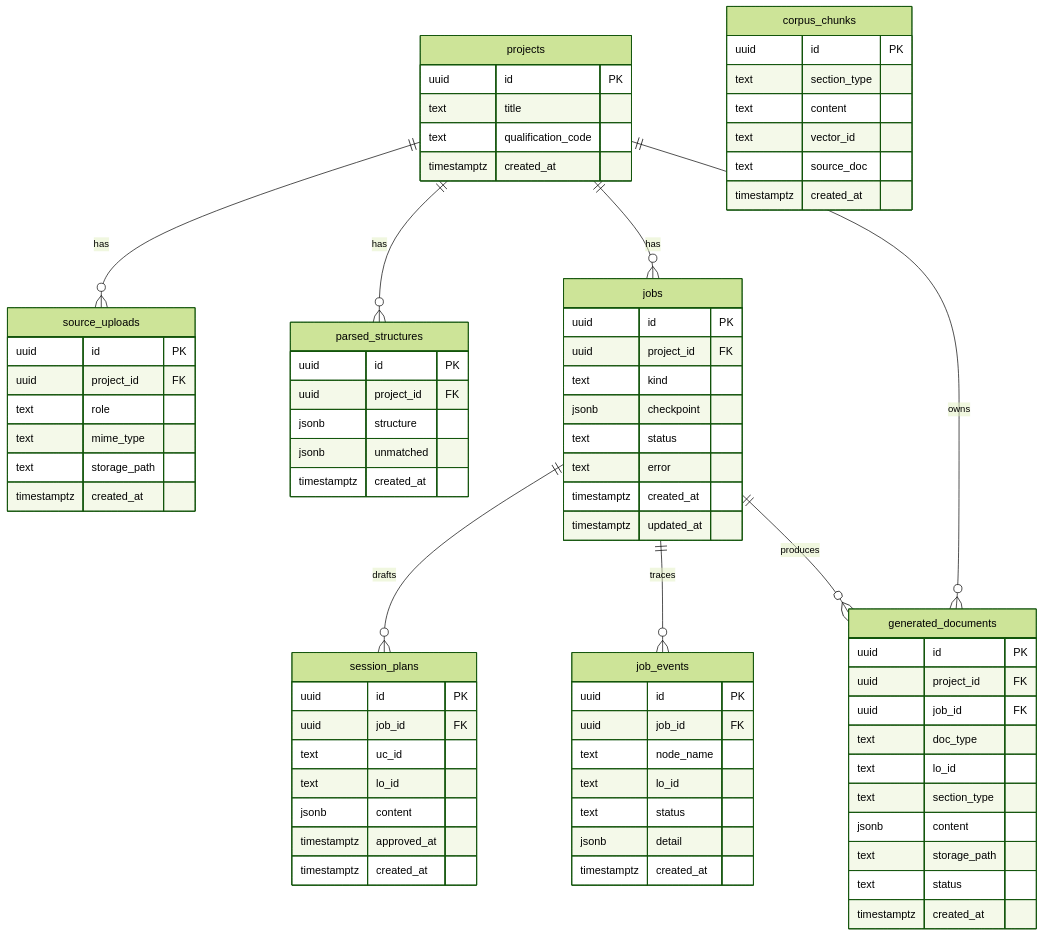
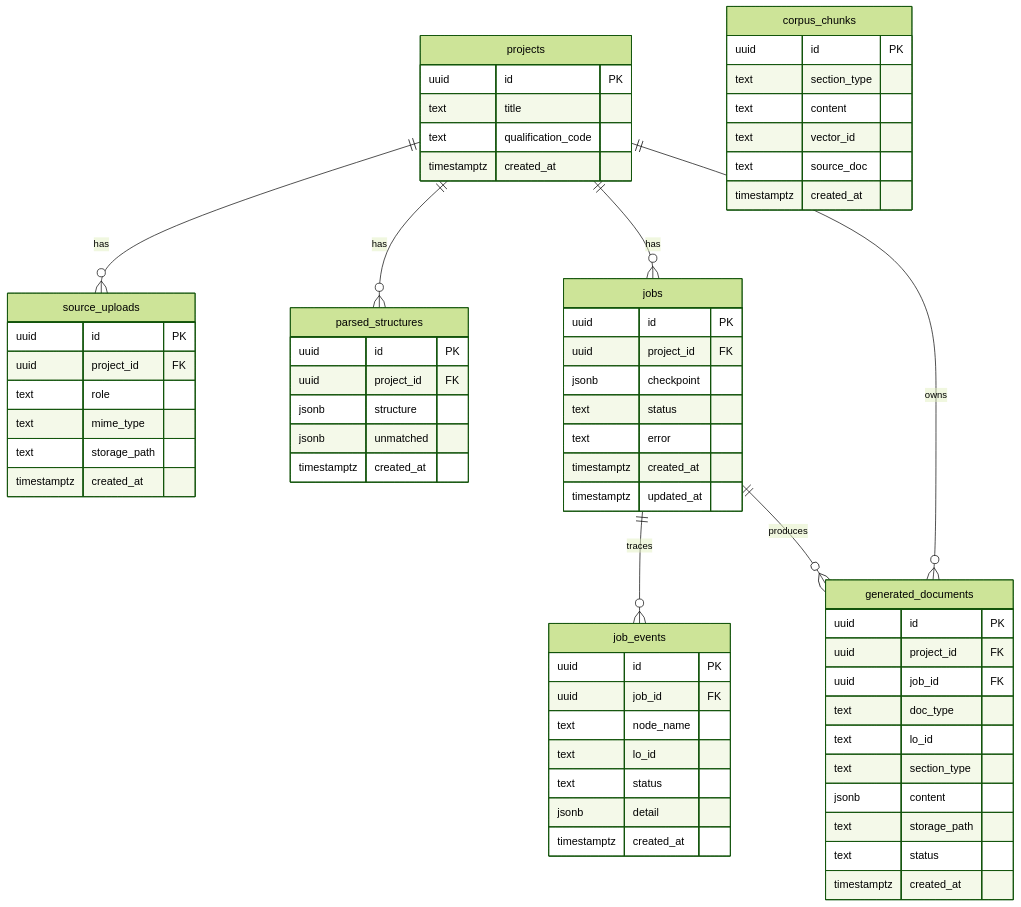
The first of 4 diagrams in docs/specs/DATA_MODEL_DIAGRAMS.md (shuakyle21/tesda-cbc-agent), drawn with Mermaid (forest theme) before and after one commit. The commit also changed other lines of this file and 5 other files, not shown here.

```diff
--- a/docs/specs/DATA_MODEL_DIAGRAMS.md
+++ b/docs/specs/DATA_MODEL_DIAGRAMS.md
@@ -13,7 +16,6 @@
 erDiagram
     projects ||--o{ source_uploads : has
     projects ||--o{ parsed_structures : has
-    jobs ||--o{ session_plans : drafts
     projects ||--o{ jobs : has
     projects ||--o{ generated_documents : owns
     jobs ||--o{ job_events : traces
@@ -43,16 +45,6 @@
         timestamptz created_at
     }
 
-    session_plans {
-        uuid id PK
-        uuid job_id FK
-        text uc_id
-        text lo_id
-        jsonb content
-        timestamptz approved_at
-        timestamptz created_at
-    }
-
     corpus_chunks {
         uuid id PK
         text section_type
@@ -65,7 +57,6 @@
     jobs {
         uuid id PK
         uuid project_id FK
-        text kind
         jsonb checkpoint
         text status
         text error
```
